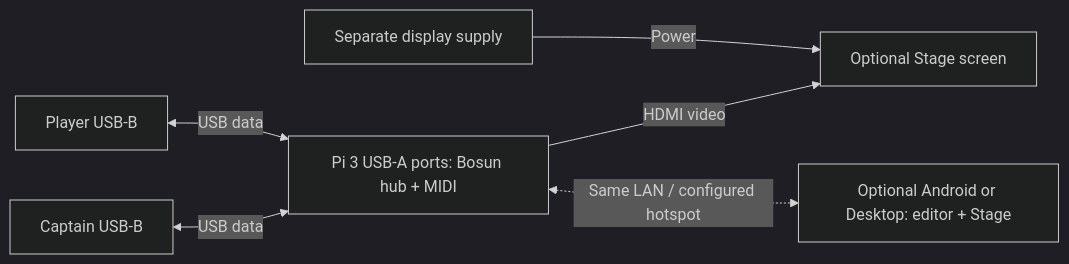
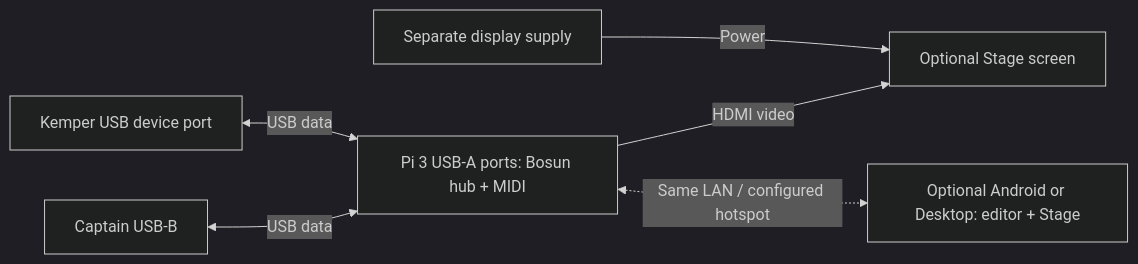
The fourth of 4 diagrams in docs/first-setup.md (danmigdev/bosun-midi-captain), drawn with Mermaid (dark theme) before and after one commit. The commit also changed other lines of this file and 20 other files, not shown here.

````diff
--- a/docs/first-setup.md
+++ b/docs/first-setup.md
@@ -42,8 +64,8 @@
 ```mermaid
 flowchart LR
   Captain["Captain USB-B"] <-->|USB data| Pi["Pi 3 USB-A ports: Bosun hub + MIDI"]
-  Player["Player USB-B"] <-->|USB data| Pi
+  Kemper["Kemper USB device port"] <-->|USB data| Pi
   Pi -->|HDMI video| Display["Optional Stage screen"]
   Power["Separate display supply"] -->|Power| Display
   Pi <-.->|Same LAN / configured hotspot| App["Optional Android or Desktop: editor + Stage"]
 ```
````
